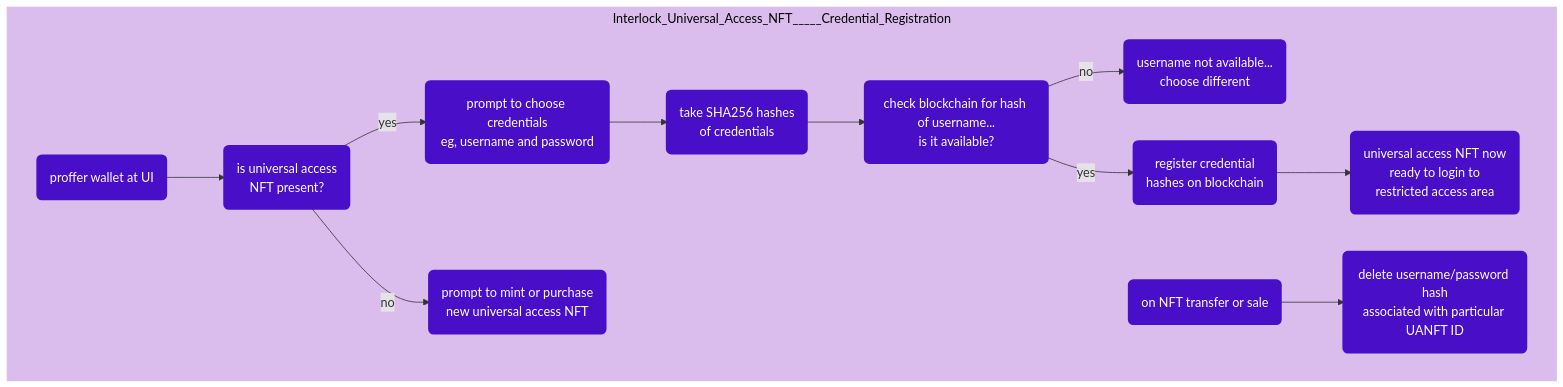
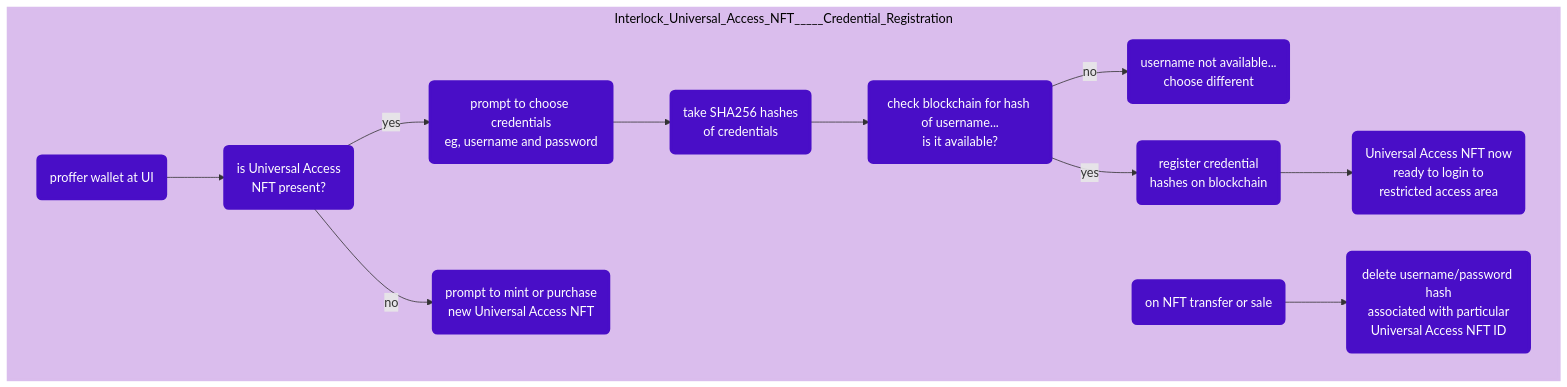
One commit to interlock-network/access-nft changed the first of 2 diagrams in README.md. Above: the diagram before and after it, drawn with Mermaid. The commit also changed other lines of this file, not shown here.

````diff
--- a/README.md
+++ b/README.md
@@ -131,35 +131,35 @@
 ```mermaid
 
 flowchart TD
 
 
 style Interlock_Universal_Access_NFT_____Credential_Registration fill:#dabded,stroke:#dabded,stroke-width:4px,color:#000
 
 subgraph Interlock_Universal_Access_NFT_____Credential_Registration
 
-profferwallet(proffer wallet at UI) --> checknft(is universal access<br>NFT present?)
+profferwallet(proffer wallet at UI) --> checknft(is Universal Access<br>NFT present?)
 checknft --> |yes|ispresent(prompt to choose credentials<br>eg, username and password)
-checknft --> |no|isnotpresent(prompt to mint or purchase<br>new universal access NFT)
+checknft --> |no|isnotpresent(prompt to mint or purchase<br>new Universal Access NFT)
 ispresent --> takehash(take SHA256 hashes<br>of credentials)
 takehash --> checkusername(check blockchain for hash of username...<br>is it available?)
 checkusername --> |no|notavailable(username not available...<br>choose different)
 checkusername --> |yes|yesavailable(register credential<br>hashes on blockchain)
-yesavailable --> ownerready(universal access NFT now<br>ready to login to<br>restricted access area)
+yesavailable --> ownerready(Universal Access NFT now<br>ready to login to<br>restricted access area)
 
-transfernft(on NFT transfer or sale) --> deletecreds(delete username/password hash<br>associated with particular UANFT ID)
+transfernft(on NFT transfer or sale) --> deletecreds(delete username/password hash<br>associated with particular<br>Universal Access NFT ID)
 
 end
 
 style checknft fill:#490ec7,stroke:#490ec7,stroke-width:4px,color:#fff
 style ispresent fill:#490ec7,stroke:#490ec7,stroke-width:4px,color:#fff
 style checkusername fill:#490ec7,stroke:#490ec7,stroke-width:4px,color:#fff
 style takehash fill:#490ec7,stroke:#490ec7,stroke-width:4px,color:#fff
 style notavailable fill:#490ec7,stroke:#490ec7,stroke-width:4px,color:#fff
 style yesavailable fill:#490ec7,stroke:#490ec7,stroke-width:4px,color:#fff
 style isnotpresent fill:#490ec7,stroke:#490ec7,stroke-width:4px,color:#fff
 style profferwallet fill:#490ec7,stroke:#490ec7,stroke-width:4px,color:#fff
 style transfernft fill:#490ec7,stroke:#490ec7,stroke-width:4px,color:#fff
 style deletecreds fill:#490ec7,stroke:#490ec7,stroke-width:4px,color:#fff
 style ownerready fill:#490ec7,stroke:#490ec7,stroke-width:4px,color:#fff
 
 ```
````
